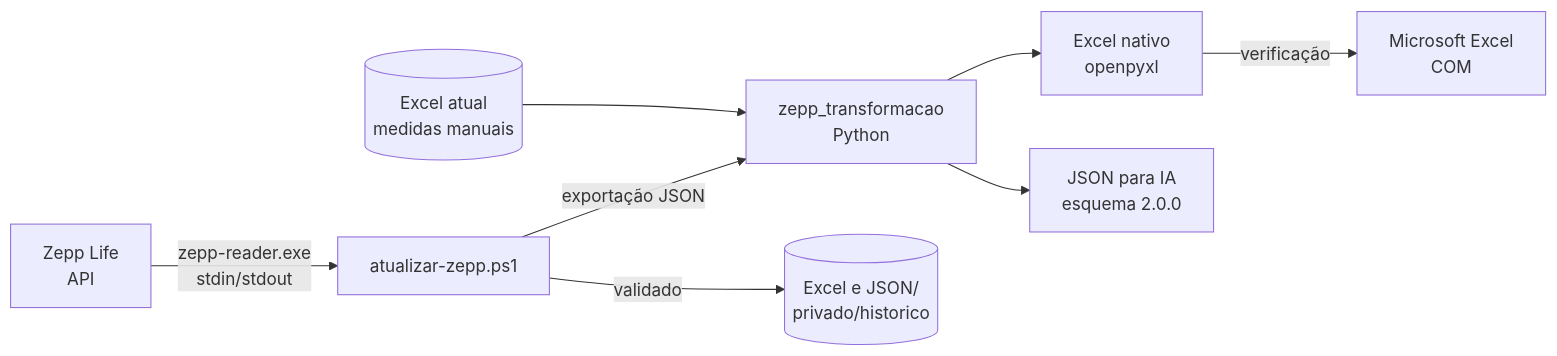
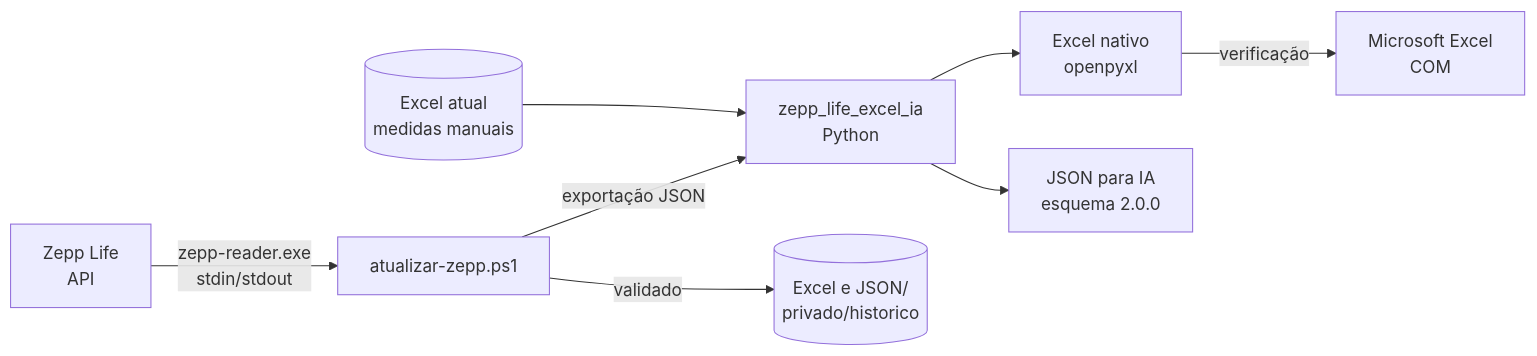
One commit to tpereira2005/zepp-life-excel-ia changed the diagram in README.md. Above: the diagram before and after it, drawn with Mermaid. The commit also changed other lines of this file and 45 other files, not shown here.

````diff
--- a/README.md
+++ b/README.md
@@ -77,10 +77,10 @@
 ```mermaid
 flowchart LR
     A[Zepp Life<br/>API] -->|zepp-reader.exe<br/>stdin/stdout| B[atualizar-zepp.ps1]
-    B -->|exportação JSON| C[zepp_transformacao<br/>Python]
+    B -->|exportação JSON| C[zepp_life_excel_ia<br/>Python]
     D[(Excel atual<br/>medidas manuais)] --> C
     C --> E[Excel nativo<br/>openpyxl]
     C --> F[JSON para IA<br/>esquema 2.0.0]
     E -->|verificação| G[Microsoft Excel<br/>COM]
     B -->|validado| H[(Excel e JSON/<br/>privado/historico)]
 ```
````
